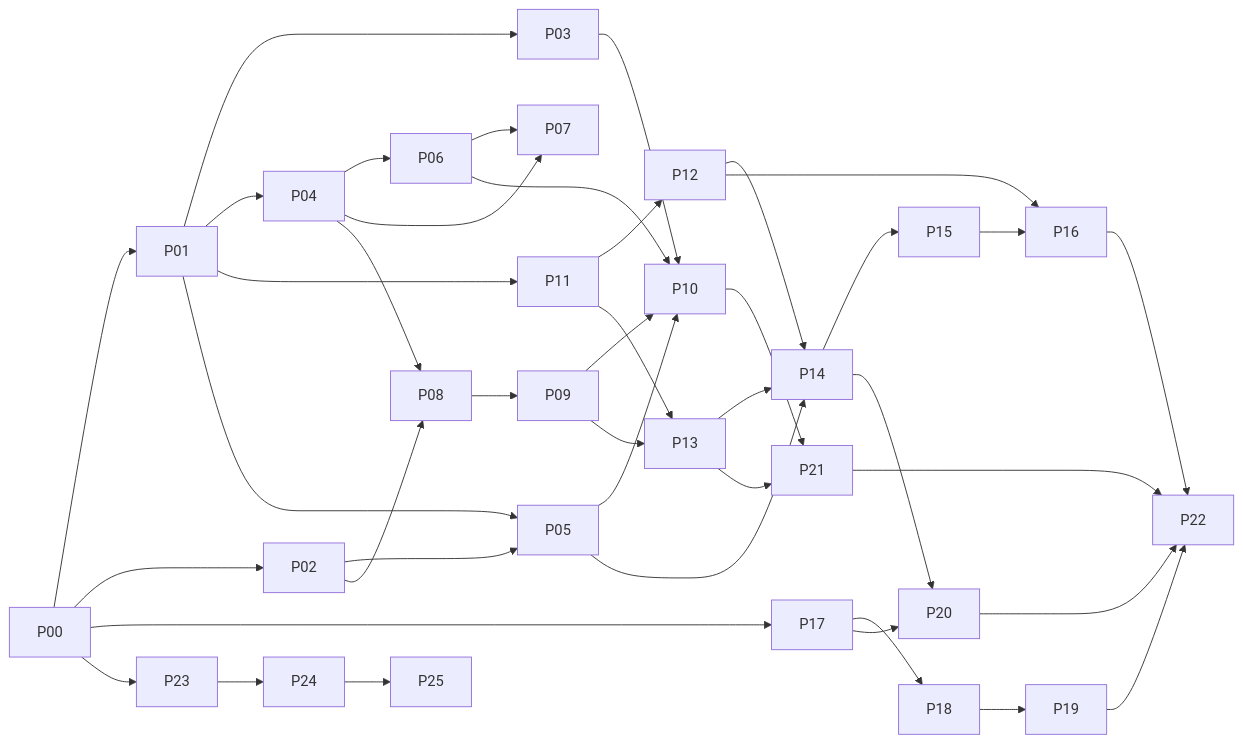
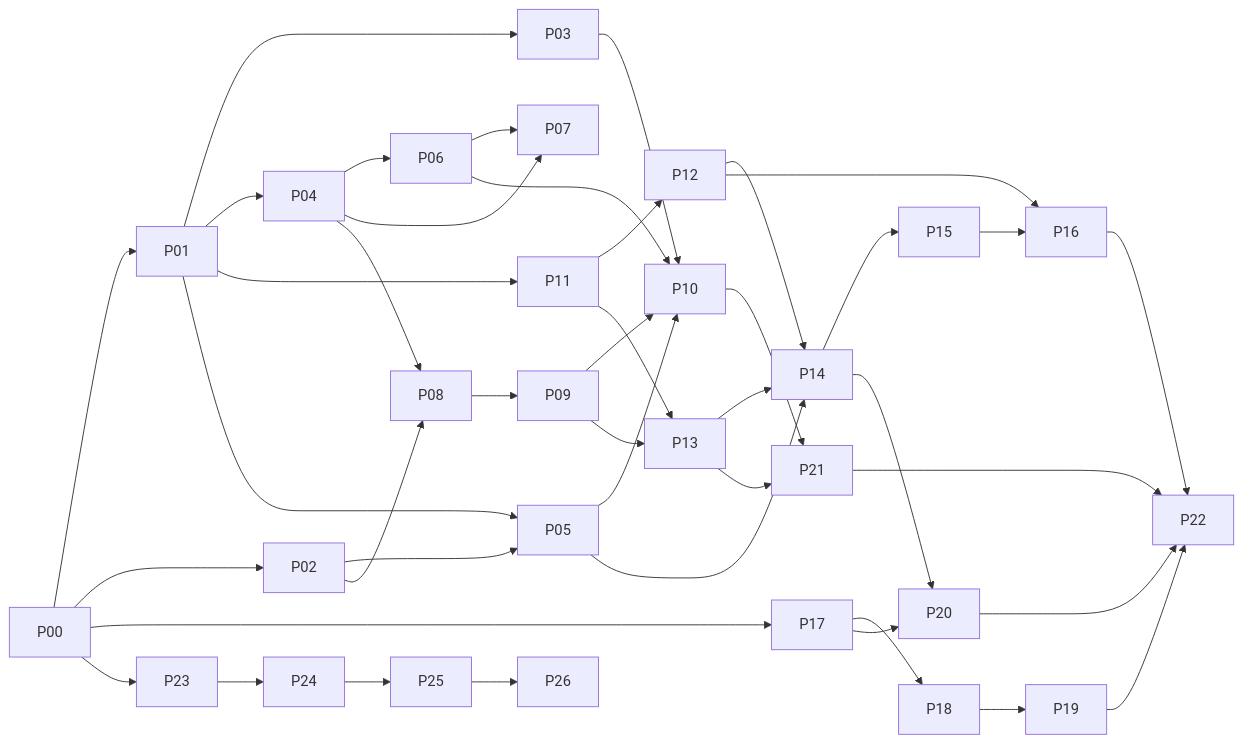
The diagram in docs/14_Build_Plan.md (Kitalon-Labs-LLC/neogold), drawn with Mermaid before and after one commit. The commit also changed other lines of this file and 27 other files, not shown here.

````diff
--- a/docs/14_Build_Plan.md
+++ b/docs/14_Build_Plan.md
@@ -65,43 +66,44 @@
 ```mermaid
 flowchart LR
     P00 --> P01
     P00 --> P02
     P00 --> P17
     P00 --> P23
     P23 --> P24
     P24 --> P25
+    P25 --> P26
     P01 --> P03
     P01 --> P04
     P01 --> P11
     P02 --> P05
     P01 --> P05
     P04 --> P06
     P04 --> P07
     P06 --> P07
     P02 --> P08
     P04 --> P08
     P08 --> P09
     P03 --> P10
     P05 --> P10
     P06 --> P10
     P09 --> P10
     P11 --> P12
     P09 --> P13
     P11 --> P13
     P05 --> P14
     P12 --> P14
     P13 --> P14
     P14 --> P15
     P12 --> P16
     P15 --> P16
     P17 --> P18
     P18 --> P19
     P14 --> P20
     P17 --> P20
     P10 --> P21
     P13 --> P21
     P16 --> P22
     P19 --> P22
     P20 --> P22
     P21 --> P22
 ```
````
